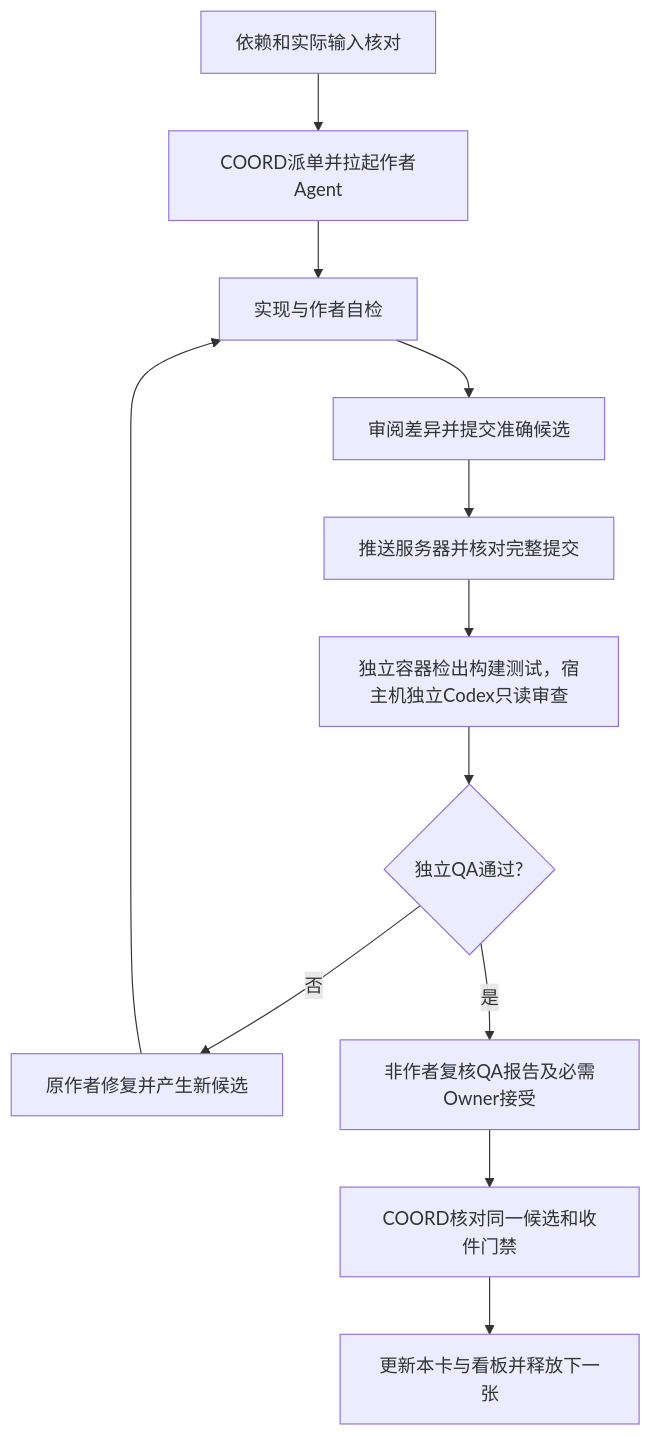
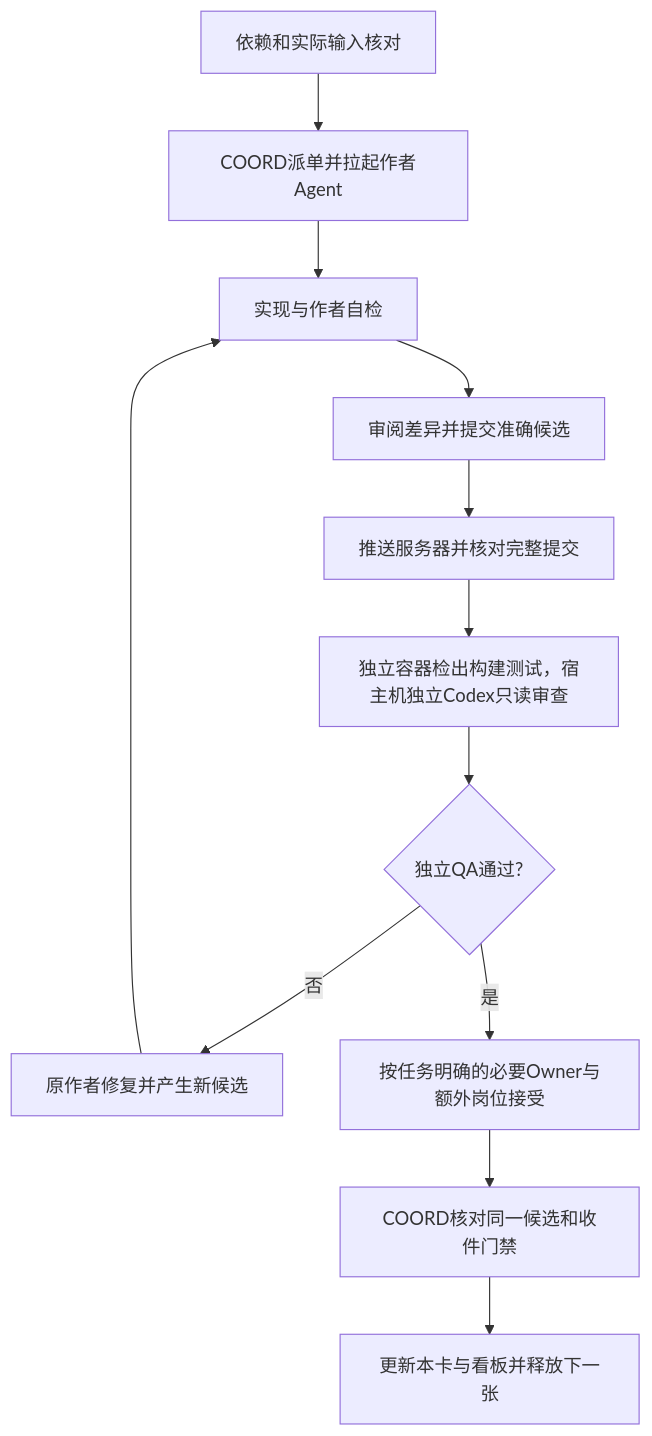
The diagram in .agents/rules/delivery_and_coord_gate.md (sushaohua/project-control), drawn with Mermaid before and after one commit. The commit also changed other lines of this file and 42 other files, not shown here.

````diff
--- a/.agents/rules/delivery_and_coord_gate.md
+++ b/.agents/rules/delivery_and_coord_gate.md
@@ -21,14 +33,14 @@
 ```mermaid
 flowchart TD
     A[依赖和实际输入核对] --> B[COORD派单并拉起作者Agent]
     B --> C[实现与作者自检]
     C --> D[审阅差异并提交准确候选]
     D --> E[推送服务器并核对完整提交]
     E --> F[独立容器检出构建测试，宿主机独立Codex只读审查]
     F --> G{独立QA通过?}
     G -- 否 --> H[原作者修复并产生新候选]
     H --> C
-    G -- 是 --> I[非作者复核QA报告及必需Owner接受]
+    G -- 是 --> I[按任务明确的必要Owner与额外岗位接受]
     I --> J[COORD核对同一候选和收件门禁]
     J --> K[更新本卡与看板并释放下一张]
 ```
````
